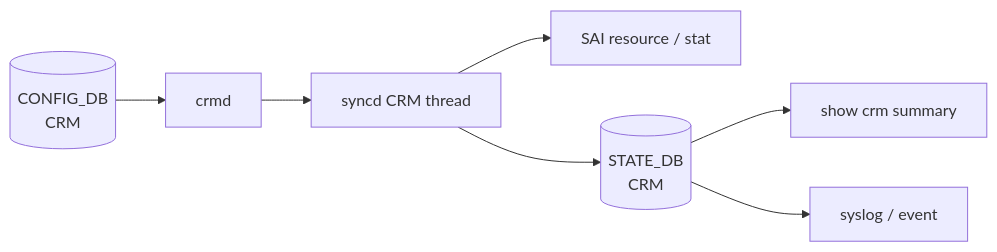
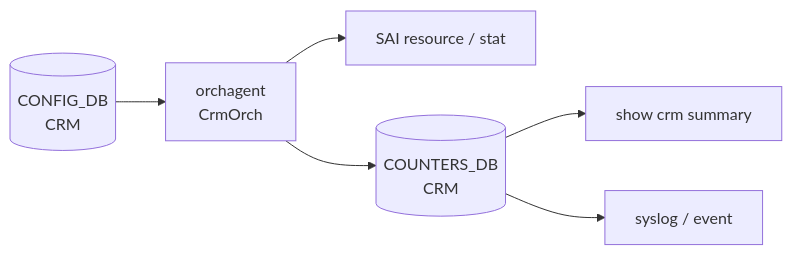
One commit to aoki-taquan/sonic-unofficial-docs changed the second of 2 diagrams in docs/topics/09-telemetry-snmp/architecture.md. Above: the diagram before and after it, drawn with Mermaid. The commit also changed other lines of this file and 17 other files, not shown here.

````diff
--- a/docs/topics/09-telemetry-snmp/architecture.md
+++ b/docs/topics/09-telemetry-snmp/architecture.md
@@ -68,9 +68,8 @@
 ```mermaid
 flowchart LR
-  C[(CONFIG_DB<br>CRM)] --> CD[crmd]
-  CD --> SY[syncd CRM thread]
-  SY --> SAI[SAI resource / stat]
-  SY --> ST[(STATE_DB<br>CRM)]
+  C[(CONFIG_DB<br>CRM)] --> CD[orchagent<br>CrmOrch]
+  CD --> SAI[SAI resource / stat]
+  CD --> ST[(COUNTERS_DB<br>CRM)]
   ST --> SHOW[show crm summary]
   ST --> EV[syslog / event]
 ```
````
